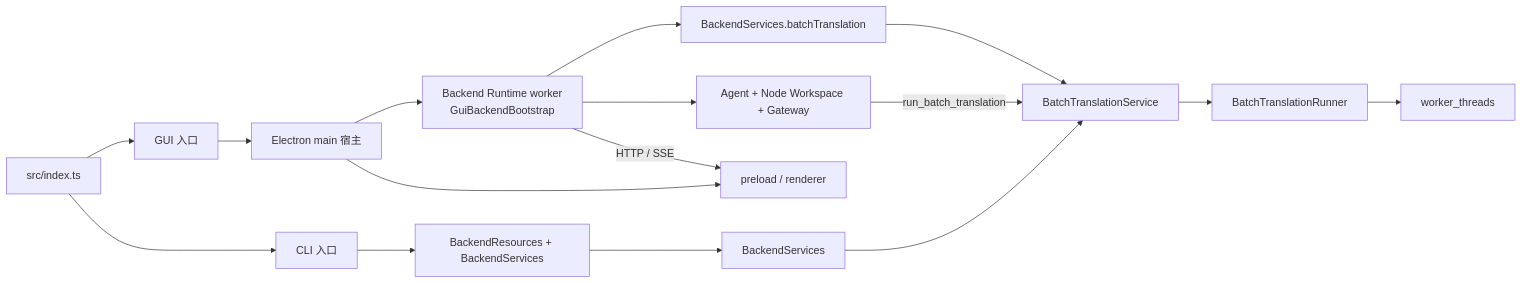
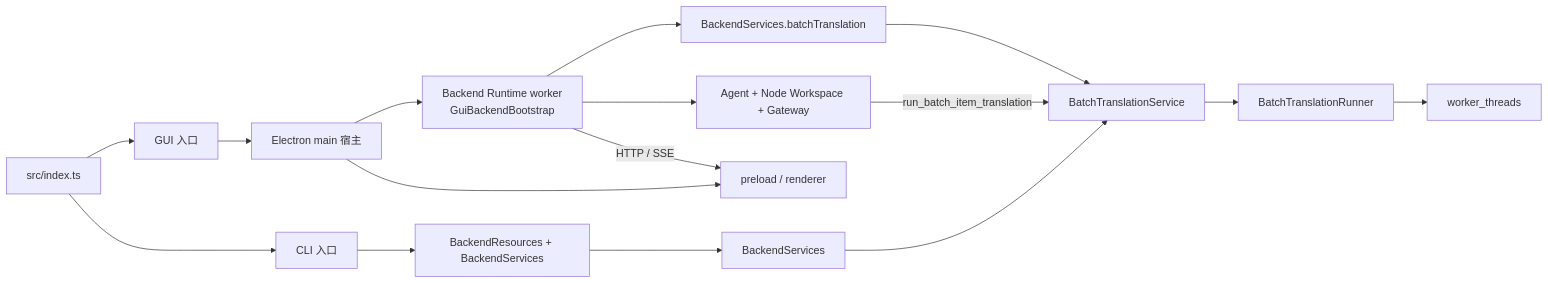
The diagram in docs/ARCHITECTURE.md (neavo/LinguaGacha), drawn with Mermaid before and after one commit. The commit also changed 8 other files, not shown here.

````diff
--- a/docs/ARCHITECTURE.md
+++ b/docs/ARCHITECTURE.md
@@ -29,18 +29,18 @@
 ```mermaid
 flowchart LR
     I["src/index.ts"] --> G["GUI 入口"]
     I --> C["CLI 入口"]
     G --> M["Electron main 宿主"]
     M --> BG["Backend Runtime worker\nGuiBackendBootstrap"]
     C --> BC["BackendResources + BackendServices"]
     BG --> GS["BackendServices.batchTranslation"]
     BG --> D["Agent + Node Workspace + Gateway"]
     BC --> CS["BackendServices"]
     GS --> S["BatchTranslationService"]
     CS --> S
-    D -->|"run_batch_translation"| S
+    D -->|"run_batch_item_translation"| S
     S --> E["BatchTranslationRunner"]
     E --> W["worker_threads"]
     BG -->|"HTTP / SSE"| R["preload / renderer"]
     M --> R
 ```
````
